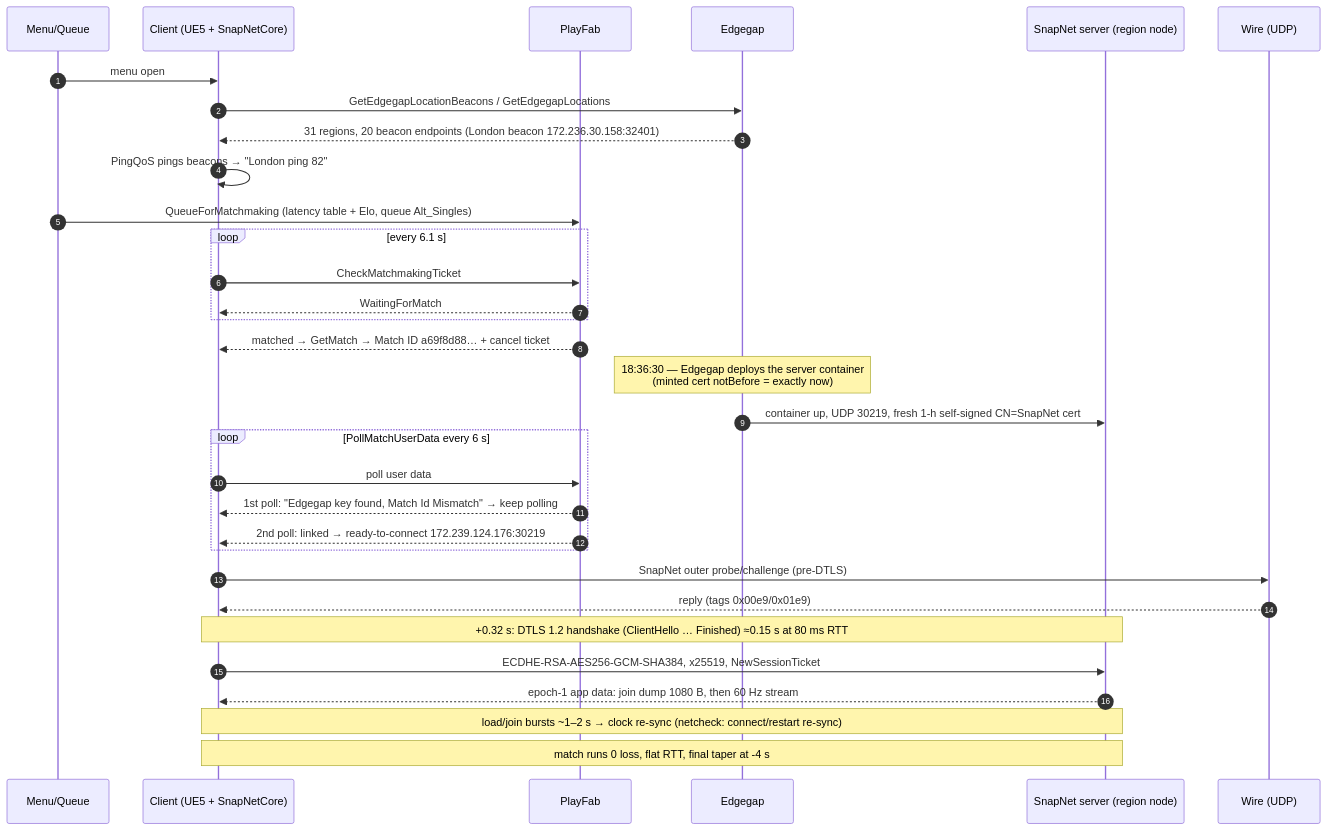
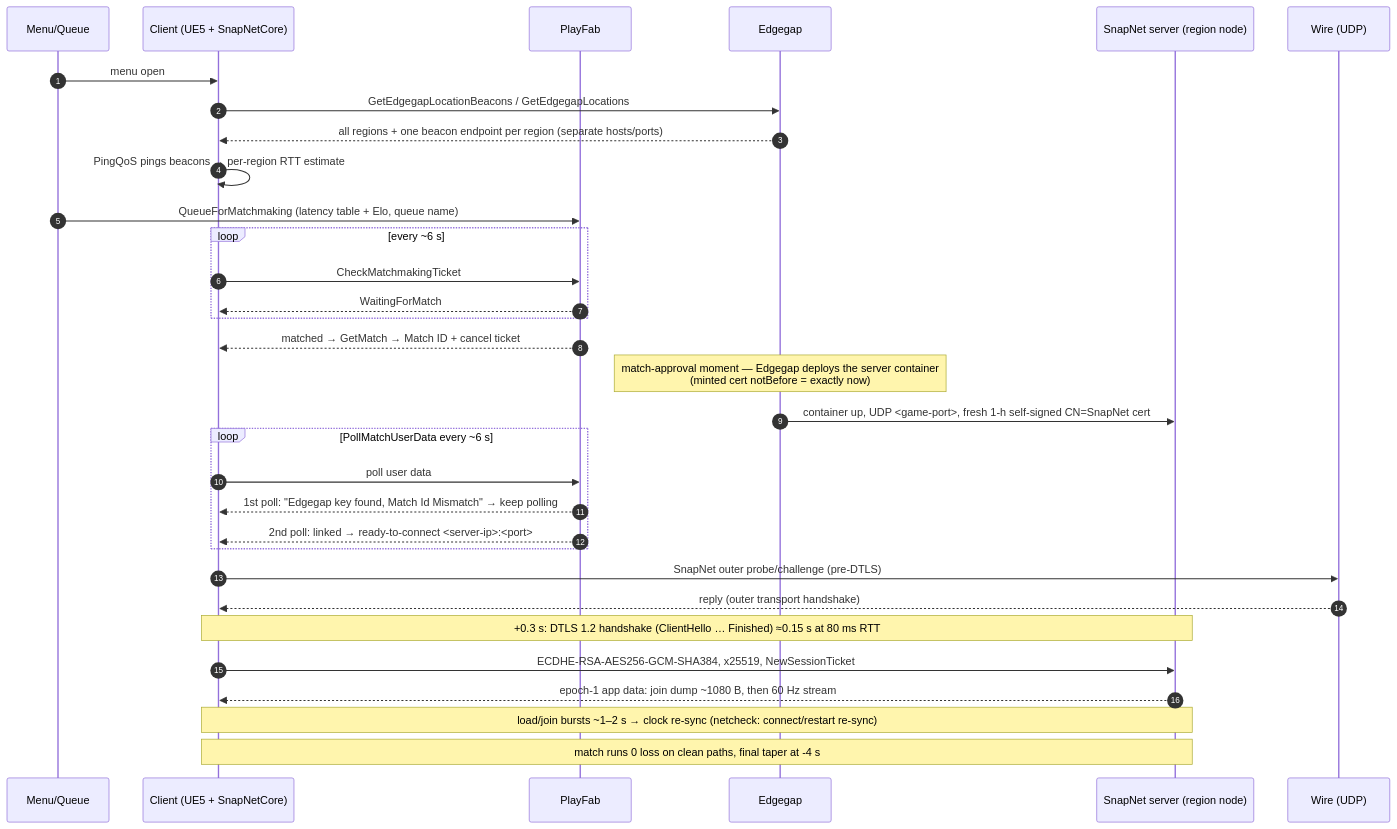
The first of 2 diagrams in session_lifecycle_wip.md (sillypears/r2_mining_game), drawn with Mermaid before and after one commit. The commit also changed other lines of this file, not shown here.

````diff
--- a/session_lifecycle_wip.md
+++ b/session_lifecycle_wip.md
@@ -26,38 +29,38 @@
 ```mermaid
 sequenceDiagram
     autonumber
     participant M as Menu/Queue
     participant C as Client (UE5 + SnapNetCore)
     participant PF as PlayFab
     participant EG as Edgegap
     participant S as SnapNet server (region node)
     participant W as Wire (UDP)
 
     M->>C: menu open
     C->>EG: GetEdgegapLocationBeacons / GetEdgegapLocations
-    EG-->>C: 31 regions, 20 beacon endpoints (London beacon 172.236.30.158:32401)
-    C->>C: PingQoS pings beacons → "London ping 82"
+    EG-->>C: all regions + one beacon endpoint per region (separate hosts/ports)
+    C->>C: PingQoS pings beacons → per-region RTT estimate
 
-    M->>PF: QueueForMatchmaking (latency table + Elo, queue Alt_Singles)
-    loop every 6.1 s
+    M->>PF: QueueForMatchmaking (latency table + Elo, queue name)
+    loop every ~6 s
         C->>PF: CheckMatchmakingTicket
         PF-->>C: WaitingForMatch
     end
-    PF-->>C: matched → GetMatch → Match ID a69f8d88… + cancel ticket
-    Note over EG: 18:36:30 — Edgegap deploys the server container<br/>(minted cert notBefore = exactly now)
-    EG->>S: container up, UDP 30219, fresh 1-h self-signed CN=SnapNet cert
+    PF-->>C: matched → GetMatch → Match ID + cancel ticket
+    Note over EG: match-approval moment — Edgegap deploys the server container<br/>(minted cert notBefore = exactly now)
+    EG->>S: container up, UDP <game-port>, fresh 1-h self-signed CN=SnapNet cert
 
-    loop PollMatchUserData every 6 s
+    loop PollMatchUserData every ~6 s
         C->>PF: poll user data
         PF-->>C: 1st poll: "Edgegap key found, Match Id Mismatch" → keep polling
-        PF-->>C: 2nd poll: linked → ready-to-connect 172.239.124.176:30219
+        PF-->>C: 2nd poll: linked → ready-to-connect <server-ip>:<port>
     end
 
     C->>W: SnapNet outer probe/challenge (pre-DTLS)
-    W-->>C: reply (tags 0x00e9/0x01e9)
-    Note over C,S: +0.32 s: DTLS 1.2 handshake (ClientHello … Finished) ≈0.15 s at 80 ms RTT
+    W-->>C: reply (outer transport handshake)
+    Note over C,S: +0.3 s: DTLS 1.2 handshake (ClientHello … Finished) ≈0.15 s at 80 ms RTT
     C->>S: ECDHE-RSA-AES256-GCM-SHA384, x25519, NewSessionTicket
-    S-->>C: epoch-1 app data: join dump 1080 B, then 60 Hz stream
+    S-->>C: epoch-1 app data: join dump ~1080 B, then 60 Hz stream
     Note over C,S: load/join bursts ~1–2 s → clock re-sync (netcheck: connect/restart re-sync)
-    Note over C,S: match runs 0 loss, flat RTT, final taper at -4 s
+    Note over C,S: match runs 0 loss on clean paths, final taper at -4 s
 ```
````
